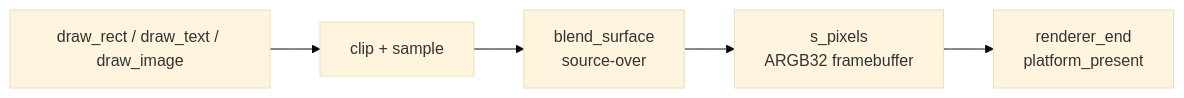
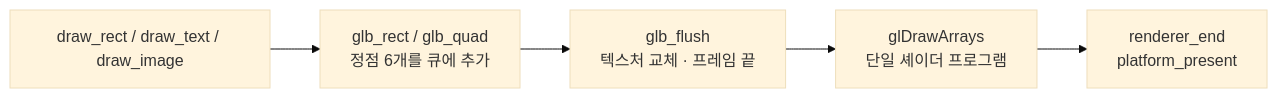
Before and after one commit to Rein-ArXiv/Tetris-Multiplayer-RL: the first of 7 diagrams in docs/blog/part3-rendering-and-ui.md, drawn with Mermaid (base theme). The commit also changed other lines of this file and 13 other files, not shown here.

````diff
--- a/docs/blog/part3-rendering-and-ui.md
+++ b/docs/blog/part3-rendering-and-ui.md
@@ -33,7 +33,7 @@
 ```mermaid
 flowchart LR
-    D["draw_rect / draw_text / draw_image"] --> C["clip + sample"]
-    C --> B["blend_surface<br/>source-over"]
-    B --> F["s_pixels<br/>ARGB32 framebuffer"]
-    F --> P["renderer_end<br/>platform_present"]
+    D["draw_rect / draw_text / draw_image"] --> Q["glb_rect / glb_quad<br/>정점 6개를 큐에 추가"]
+    Q --> F["glb_flush<br/>텍스처 교체 · 프레임 끝"]
+    F --> G["glDrawArrays<br/>단일 셰이더 프로그램"]
+    G --> P["renderer_end<br/>platform_present"]
 ```
````
